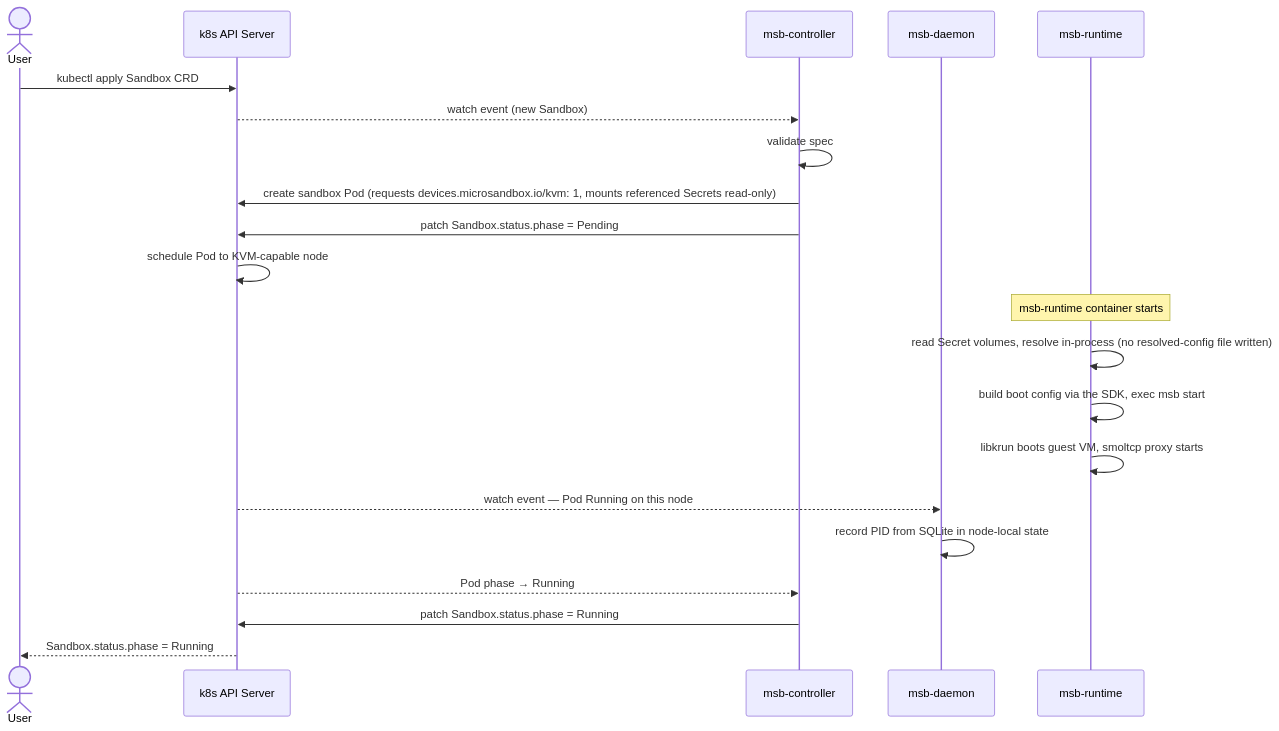
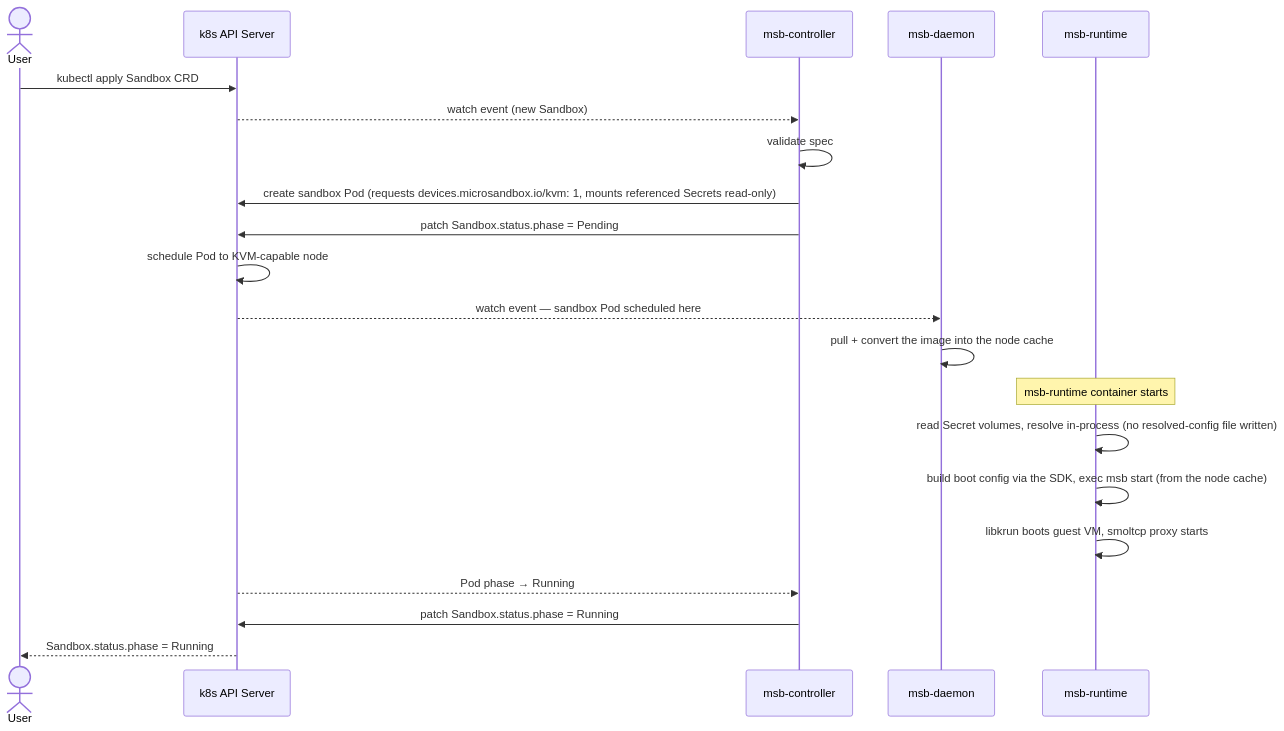
The second of 11 diagrams in docs/operator-design.md (TheRealSibasishBehera/msb-operator), drawn with Mermaid before and after one commit. The commit also changed other lines of this file, not shown here.

First line of the commit message:
docs: correct the daemon role and exit detection

````diff
--- a/docs/operator-design.md
+++ b/docs/operator-design.md
@@ -150,27 +150,27 @@
 ```mermaid
 sequenceDiagram
     actor User
     participant API as k8s API Server
     participant Ctrl as msb-controller
     participant Daemon as msb-daemon
     participant Runtime as msb-runtime
 
     User->>API: kubectl apply Sandbox CRD
     API-->>Ctrl: watch event (new Sandbox)
     Ctrl->>Ctrl: validate spec
     Ctrl->>API: create sandbox Pod (requests devices.microsandbox.io/kvm: 1, mounts referenced Secrets read-only)
     Ctrl->>API: patch Sandbox.status.phase = Pending
     API->>API: schedule Pod to KVM-capable node
 
+    API-->>Daemon: watch event — sandbox Pod scheduled here
+    Daemon->>Daemon: pull + convert the image into the node cache
+
     Note over Runtime: msb-runtime container starts
     Runtime->>Runtime: read Secret volumes, resolve in-process (no resolved-config file written)
-    Runtime->>Runtime: build boot config via the SDK, exec msb start
+    Runtime->>Runtime: build boot config via the SDK, exec msb start (from the node cache)
     Runtime->>Runtime: libkrun boots guest VM, smoltcp proxy starts
-
-    API-->>Daemon: watch event — Pod Running on this node
-    Daemon->>Daemon: record PID from SQLite in node-local state
 
     API-->>Ctrl: Pod phase → Running
     Ctrl->>API: patch Sandbox.status.phase = Running
     API-->>User: Sandbox.status.phase = Running
 ```
````
